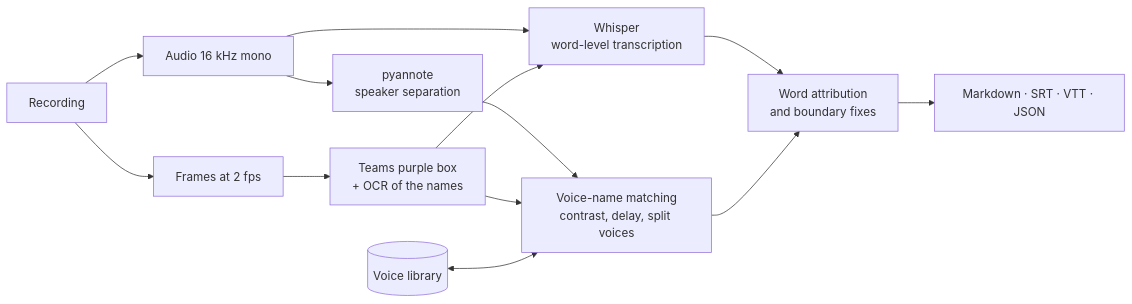
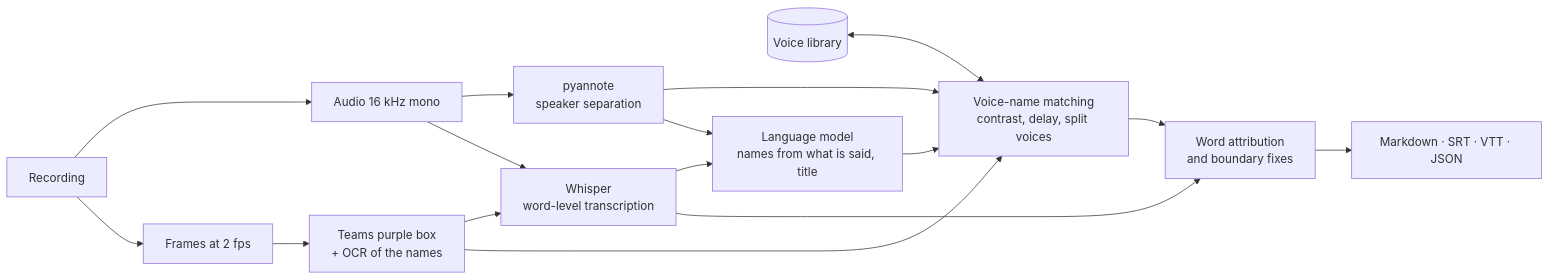
The diagram in README.md (battles5/neon-minutes), drawn with Mermaid before and after one commit. The commit also changed other lines of this file and 23 other files, not shown here.

First line of the commit message:
1.6.0: names from what people say, participants, results folder named after the meeting

````diff
--- a/README.md
+++ b/README.md
@@ -184,15 +203,18 @@
 ```mermaid
 flowchart LR
     V[Recording] --> A[Audio 16 kHz mono]
     V --> F[Frames at 2 fps]
     A --> P[pyannote<br>speaker separation]
     A --> W[Whisper<br>word-level transcription]
     F --> O[Teams purple box<br>+ OCR of the names]
     O --> W
     P --> N[Voice-name matching<br>contrast, delay, split voices]
     O --> N
     L[(Voice library)] <--> N
+    W --> Q[Language model<br>names from what is said, title]
+    P --> Q
+    Q --> N
     W --> R[Word attribution<br>and boundary fixes]
     N --> R
     R --> OUT[Markdown · SRT · VTT · JSON]
 ```
````
